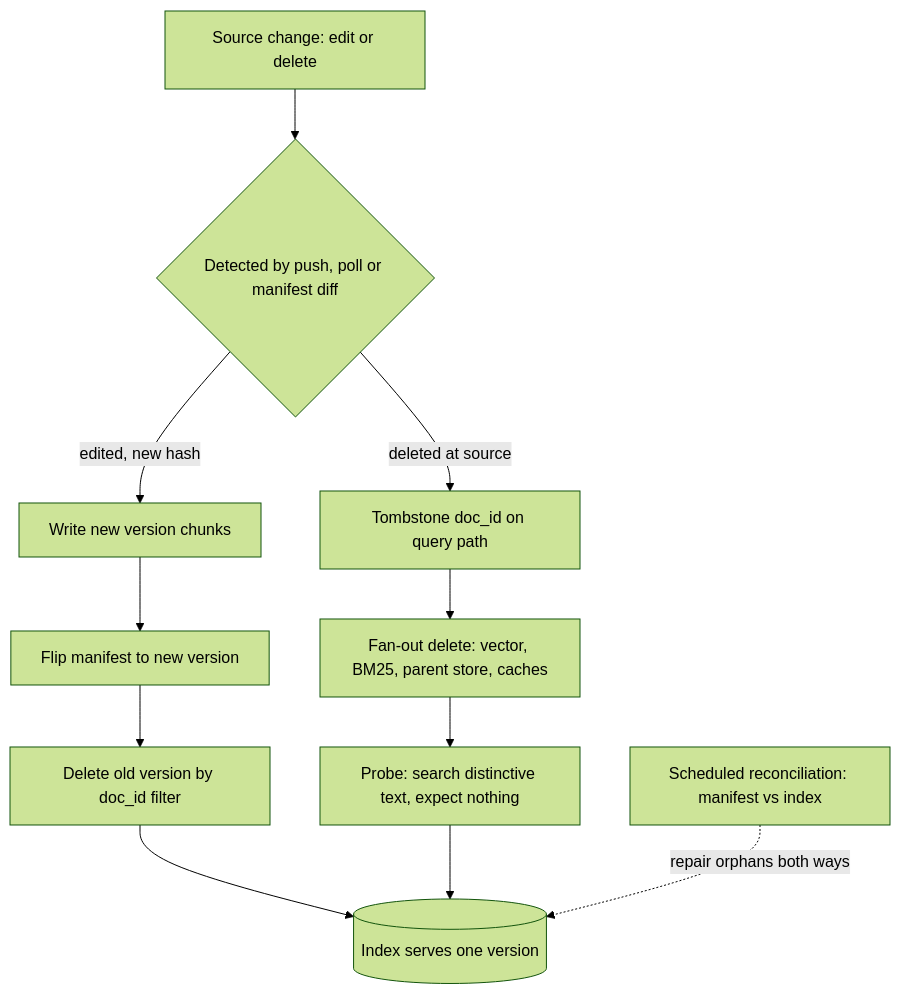
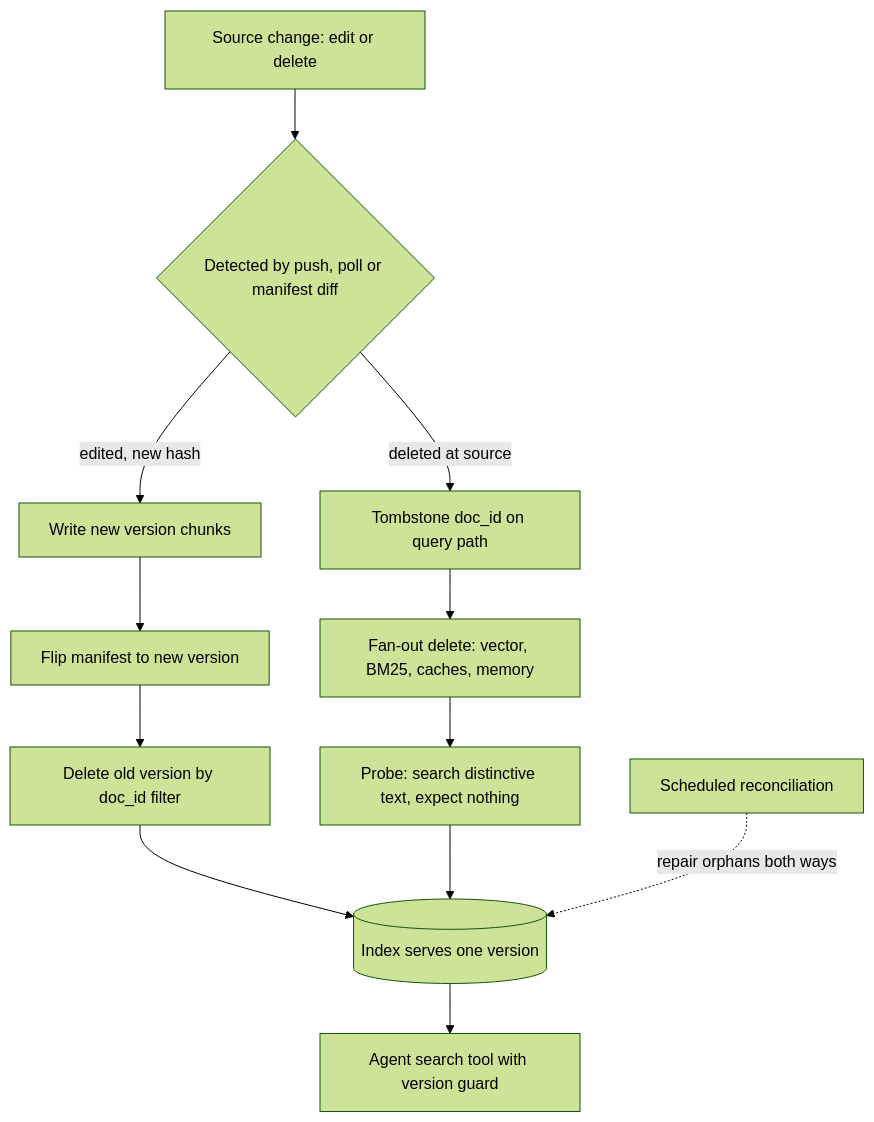
Before and after one commit to lovishmahajan97/agentic-learning: the diagram in content/rag-retrieval/freshness-document-deletion-index-consistency.md, drawn with Mermaid (forest theme). The commit also changed other lines of this file and 266 other files, not shown here.

````diff
--- a/content/rag-retrieval/freshness-document-deletion-index-consistency.md
+++ b/content/rag-retrieval/freshness-document-deletion-index-consistency.md
@@ -148,13 +170,14 @@
 ```mermaid
 flowchart TD
     S["Source change: edit or delete"] --> D{"Detected by push, poll or manifest diff"}
     D -->|"edited, new hash"| W["Write new version chunks"]
     W --> F["Flip manifest to new version"]
     F --> O["Delete old version by doc_id filter"]
     D -->|"deleted at source"| T["Tombstone doc_id on query path"]
-    T --> X["Fan-out delete: vector, BM25, parent store, caches"]
+    T --> X["Fan-out delete: vector, BM25, caches, memory"]
     X --> P["Probe: search distinctive text, expect nothing"]
     O --> I[("Index serves one version")]
     P --> I
-    R["Scheduled reconciliation: manifest vs index"] -.->|"repair orphans both ways"| I
+    R["Scheduled reconciliation"] -.->|"repair orphans both ways"| I
+    I --> A["Agent search tool with version guard"]
 ```
````
